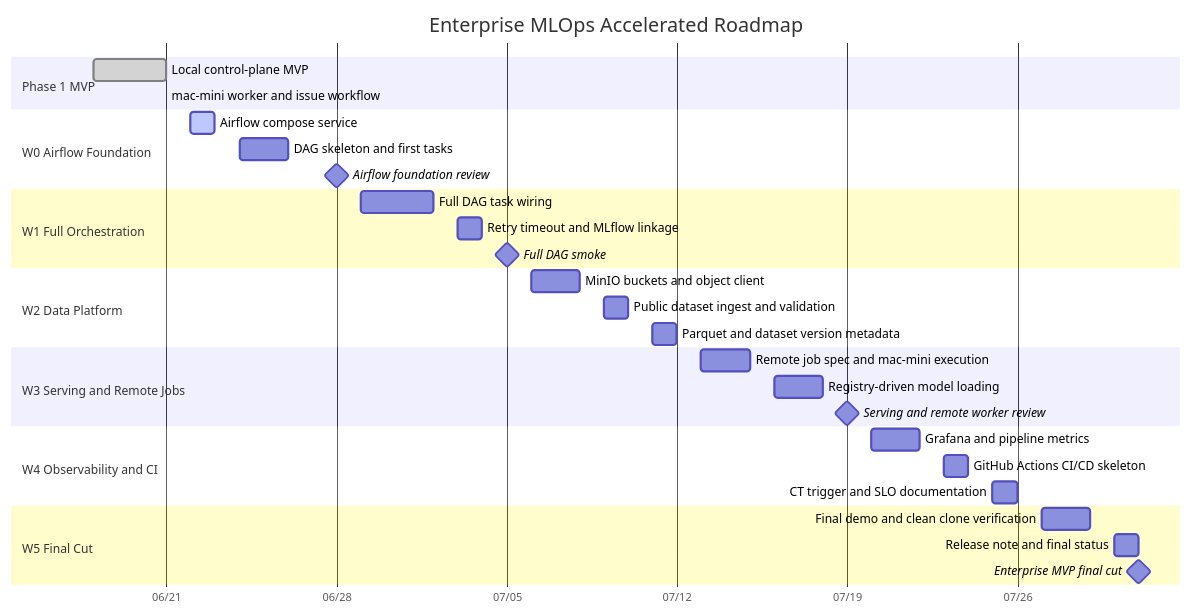
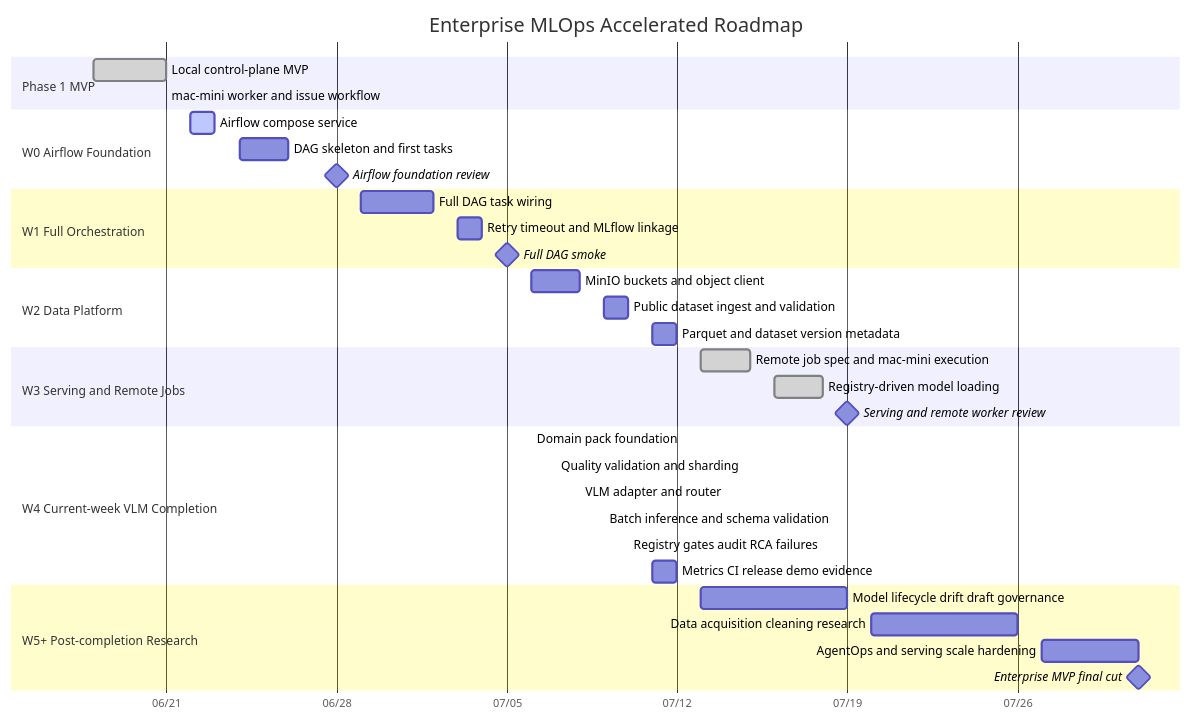
The first of 2 diagrams in enterprise-vision-mlops/docs/agenda/enterprise-mlops-roadmap.md (ruma0236/ML_ServeAPI), drawn with Mermaid before and after one commit. The commit also changed other lines of this file and 73 other files, not shown here.

Commit message:
Implement VLM workload and dataset intake audit

````diff
--- a/enterprise-vision-mlops/docs/agenda/enterprise-mlops-roadmap.md
+++ b/enterprise-vision-mlops/docs/agenda/enterprise-mlops-roadmap.md
@@ -13,40 +36,44 @@
 ```mermaid
 gantt
     title Enterprise MLOps Accelerated Roadmap
     dateFormat  YYYY-MM-DD
     axisFormat  %m/%d
 
     section Phase 1 MVP
     Local control-plane MVP                 :done, p1, 2026-06-18, 2026-06-21
     mac-mini worker and issue workflow      :done, p1b, 2026-06-21, 2026-06-21
 
     section W0 Airflow Foundation
     Airflow compose service                 :active, evm021, 2026-06-22, 2026-06-23
     DAG skeleton and first tasks            :evm022, 2026-06-24, 2026-06-26
     Airflow foundation review               :milestone, w0, 2026-06-28, 0d
 
     section W1 Full Orchestration
     Full DAG task wiring                    :evm023, 2026-06-29, 2026-07-02
     Retry timeout and MLflow linkage        :evm024, 2026-07-03, 2026-07-04
     Full DAG smoke                          :milestone, w1, 2026-07-05, 0d
 
     section W2 Data Platform
     MinIO buckets and object client         :evm031, 2026-07-06, 2026-07-08
     Public dataset ingest and validation    :evm033, 2026-07-09, 2026-07-10
     Parquet and dataset version metadata    :evm035, 2026-07-11, 2026-07-12
 
     section W3 Serving and Remote Jobs
-    Remote job spec and mac-mini execution  :evm041, 2026-07-13, 2026-07-15
-    Registry-driven model loading           :evm051, 2026-07-16, 2026-07-18
+    Remote job spec and mac-mini execution  :done, evm041, 2026-07-13, 2026-07-15
+    Registry-driven model loading           :done, evm051, 2026-07-16, 2026-07-18
     Serving and remote worker review        :milestone, w3, 2026-07-19, 0d
 
-    section W4 Observability and CI
-    Grafana and pipeline metrics            :evm061, 2026-07-20, 2026-07-22
-    GitHub Actions CI/CD skeleton           :evm071, 2026-07-23, 2026-07-24
-    CT trigger and SLO documentation        :evm073, 2026-07-25, 2026-07-26
+    section W4 Current-week VLM Completion
+    Domain pack foundation                  :done, evm130, 2026-07-06, 2026-07-06
+    Quality validation and sharding         :evm134, 2026-07-07, 2026-07-07
+    VLM adapter and router                  :evm141, 2026-07-08, 2026-07-08
+    Batch inference and schema validation   :evm143, 2026-07-09, 2026-07-09
+    Registry gates audit RCA failures       :evm151, 2026-07-10, 2026-07-10
+    Metrics CI release demo evidence        :evm171, 2026-07-11, 2026-07-12
 
-    section W5 Final Cut
-    Final demo and clean clone verification :evm075, 2026-07-27, 2026-07-29
-    Release note and final status           :evm074, 2026-07-30, 2026-07-31
+    section W5+ Post-completion Research
+    Model lifecycle drift draft governance  :evm191, 2026-07-13, 2026-07-19
+    Data acquisition cleaning research      :evm201, 2026-07-20, 2026-07-26
+    AgentOps and serving scale hardening    :evm211, 2026-07-27, 2026-07-31
     Enterprise MVP final cut                :milestone, cut2026july, 2026-07-31, 0d
 ```
````
